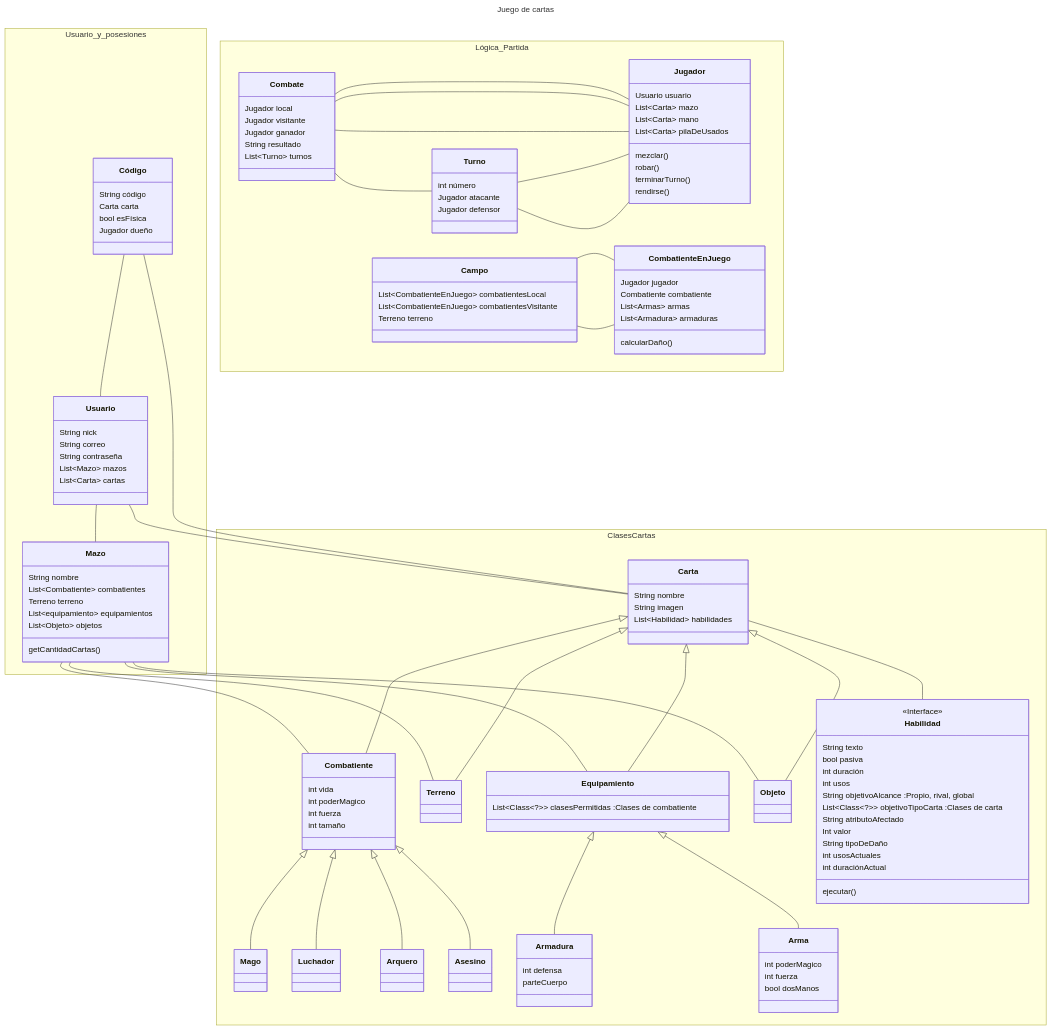
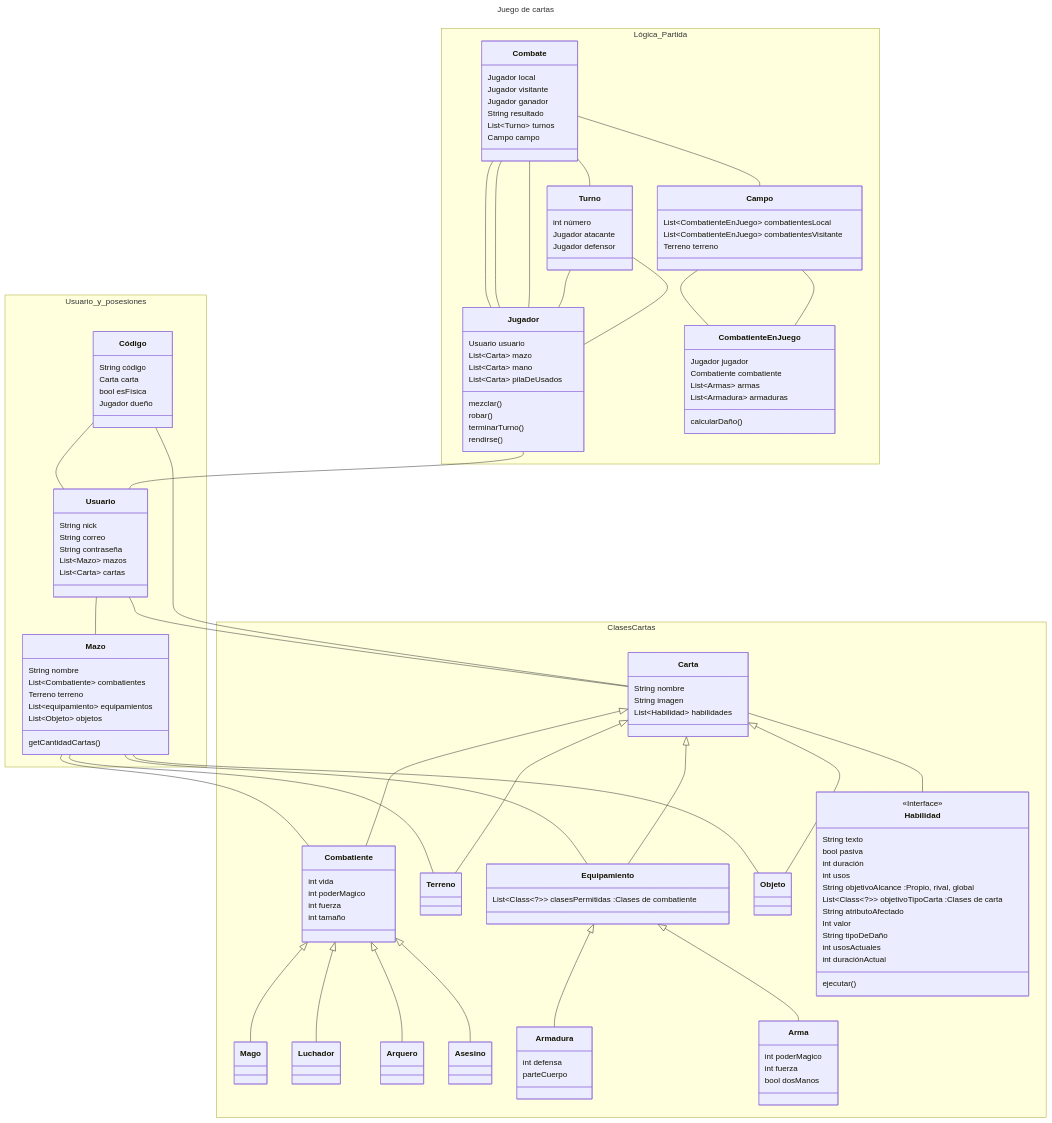
Before and after one commit to utnfrrodsw/tp: the diagram in Diagrama de clases.mmd, drawn with Mermaid. The commit also changed other lines of this file, not shown here.

Commit message:
Update Diagrama de clases.mmd
Relaciones faltantes

```diff
--- a/Diagrama de clases.mmd
+++ b/Diagrama de clases.mmd
@@ -1,177 +1,180 @@
 ---
 title: Juego de cartas
 ---
 classDiagram
 
 namespace Usuario_y_posesiones {  
     class Usuario{
         String nick
         String correo
         String contraseña
         List~Mazo~ mazos
         List~Carta~ cartas
     }
 
     class Mazo{
         String nombre
         List~Combatiente~ combatientes
         Terreno terreno
         List~equipamiento~ equipamientos
         List~Objeto~ objetos
         getCantidadCartas()
     }
 
     class Código{
         String código
         Carta carta
         bool esFísica
         Jugador dueño
     }
 
 }
     Mazo -- Combatiente
     Mazo -- Terreno
     Mazo -- Equipamiento
     Mazo -- Objeto
     Usuario -- Mazo
     Usuario -- Carta
     Código -- Carta
     Código -- Usuario
 
 namespace Clases Cartas {
     class Carta{
         String nombre
         String imagen
         List~Habilidad~ habilidades
     }
 
     class Objeto{
         
     }
     
     class Combatiente{
         int vida
         int poderMagico
         int fuerza
         int tamaño
     }
 
     class Mago{
 
     }
 
     class Luchador{
 
     }
 
     class Arquero{
 
     }
 
     class Asesino{
 
     }
 
 
     class Equipamiento{
         List~Class~?~~ clasesPermitidas :Clases de combatiente
     }
 
     class Armadura{
         int defensa
         parteCuerpo
 
     }
 
     class Arma{
         int poderMagico
         int fuerza
         
         bool dosManos
     }
 
     class Terreno{
     }
 
     class Habilidad{
         <<Interface>>
         String texto
         bool pasiva
         int duración
         int usos
         String objetivoAlcance :Propio, rival, global
         List~Class~?~~ objetivoTipoCarta :Clases de carta
         String atributoAfectado
         Int valor
         String tipoDeDaño
         int usosActuales
         int duraciónActual
 
         ejecutar()
     }
 }
     Carta <|-- Combatiente
     Carta <|-- Equipamiento
     Carta <|-- Objeto
     Carta <|-- Terreno
     Carta -- Habilidad
 
     Combatiente <|-- Mago
     Combatiente <|-- Luchador
     Combatiente <|-- Asesino
     Combatiente <|-- Arquero
     Equipamiento <|-- Armadura
     Equipamiento <|-- Arma
 
 
 
 namespace Lógica_Partida {
 
     class Combate{
         Jugador local
         Jugador visitante
         Jugador ganador
         String resultado
         List~Turno~ turnos
+        Campo campo
     }
 
     class Jugador{
         Usuario usuario
         List~Carta~ mazo
         List~Carta~ mano
         List~Carta~ pilaDeUsados
         mezclar()
         robar()
         terminarTurno()
         rendirse()
     }
 
     class Turno{
         int número
         Jugador atacante
         Jugador defensor
     }
 
     class CombatienteEnJuego{
         Jugador jugador
         Combatiente combatiente
         List~Armas~ armas
         List~Armadura~ armaduras
         calcularDaño()
     }
 
     class Campo{
         List~CombatienteEnJuego~ combatientesLocal
         List~CombatienteEnJuego~ combatientesVisitante
         Terreno terreno
     }
 
 }
     Combate -- Jugador
     Combate -- Jugador
     Combate -- Jugador
     Combate -- Turno
+    Combate -- Campo
     Turno -- Jugador
     Turno -- Jugador
+    Jugador -- Usuario
     Campo -- CombatienteEnJuego
     Campo -- CombatienteEnJuego
```
